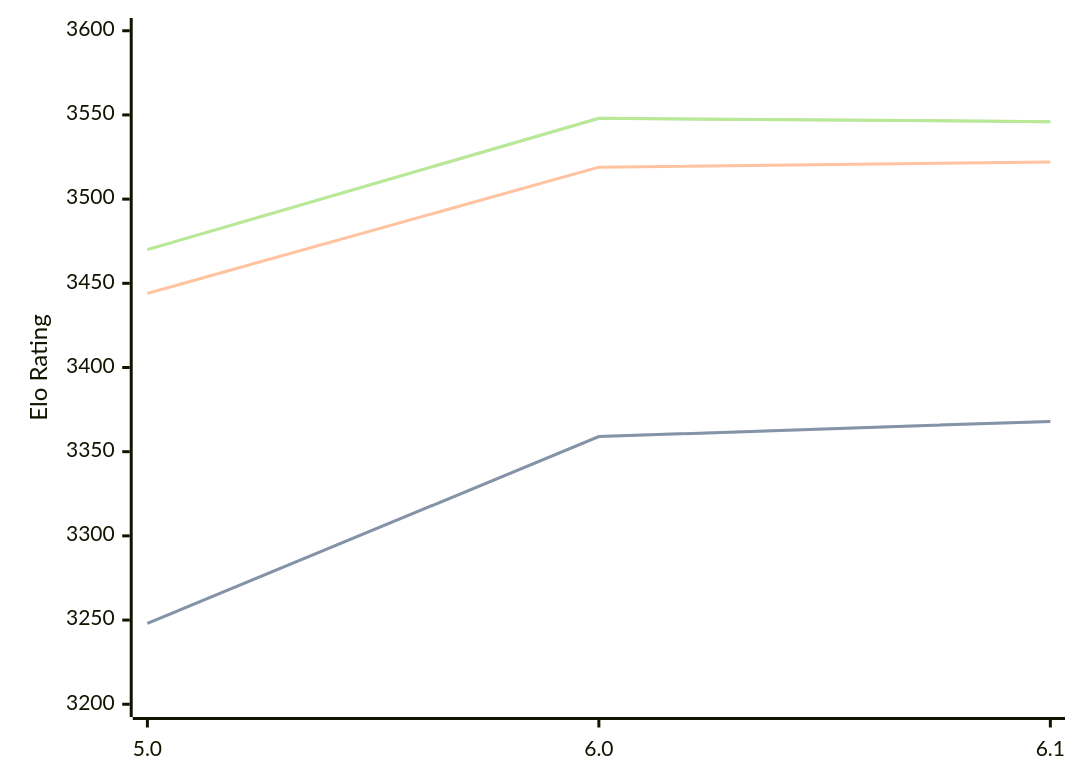
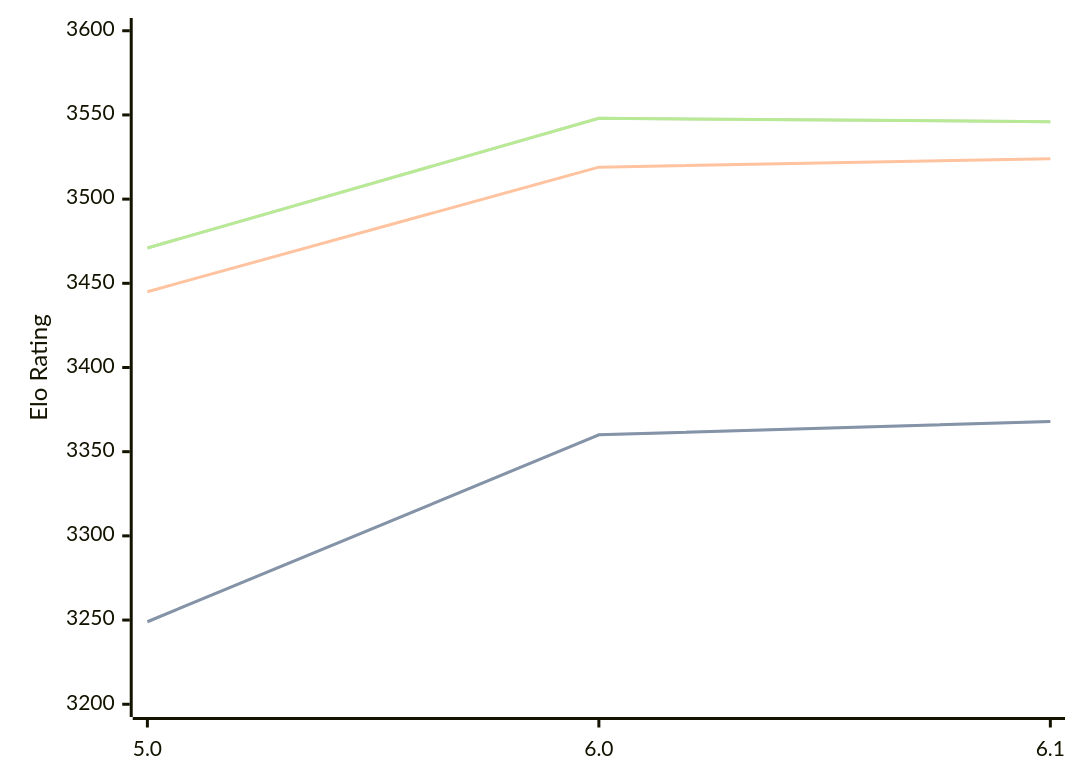
The diagram in engines/Starzix.md (computer-chess-index/cci), drawn with Mermaid before and after one commit. The commit also changed other lines of this file, not shown here.

Commit message:
Update CCI Ratings (ELO VLTC) - 2026-04-25

````diff
--- a/engines/Starzix.md
+++ b/engines/Starzix.md
@@ -37,11 +37,11 @@
 ```mermaid
 %%{init: {"theme":"base","themeVariables":{"seriesColors:['#a3a3a3','#222221','#faa371']}}}%%
 xychart-beta
   x-axis ["5.0", "6.0", "6.1"]
   y-axis "Elo Rating" 3200 --> 3600
-  line "STC (8.0+0.08s)" [3248, 3359, 3368]
-  line "STC (8.0+0.08s)" [3248, 3359, 3368]
-  line "LTC (60.0+0.60s)" [3444, 3519, 3522]
-  line "VLTC (2m24s+1.12s)" [3470, 3548, 3546]
-  line "VLTC (2m24s+1.12s)" [3470, 3548, 3546]
+  line "STC (8.0+0.08s)" [3249, 3360, 3368]
+  line "STC (8.0+0.08s)" [3249, 3360, 3368]
+  line "LTC (60.0+0.60s)" [3445, 3519, 3524]
+  line "VLTC (2m24s+1.12s)" [3471, 3548, 3546]
+  line "VLTC (2m24s+1.12s)" [3471, 3548, 3546]
 ```
````
